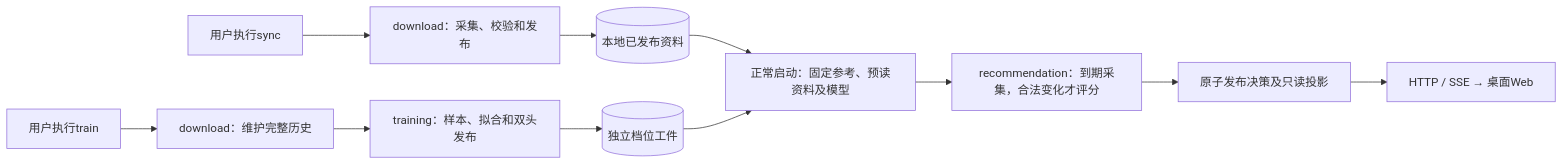
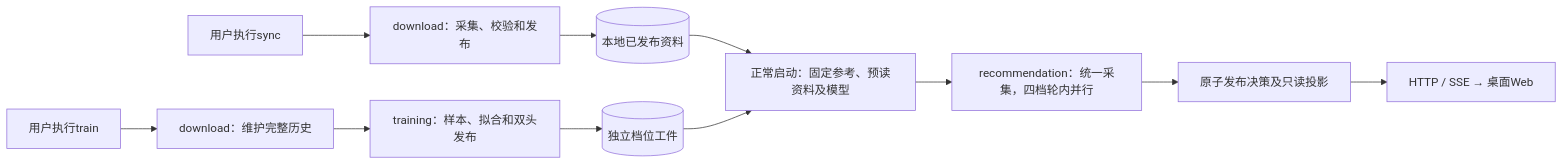
One commit to 373699756/trader changed the first of 6 diagrams in docs/2_工程设计.md. Above: the diagram before and after it, drawn with Mermaid. The commit also changed other lines of this file and 9 other files, not shown here.

````diff
--- a/docs/2_工程设计.md
+++ b/docs/2_工程设计.md
@@ -46,13 +48,13 @@
 ```mermaid
 flowchart LR
     Sync["用户执行sync"] --> Download["download：采集、校验和发布"]
     Train["用户执行train"] --> History["download：维护完整历史"]
     History --> Training["training：样本、拟合和双头发布"]
     Download --> Facts[("本地已发布资料")]
     Training --> Models[("独立档位工件")]
     Facts --> Boot["正常启动：固定参考、预读资料及模型"]
     Models --> Boot
-    Boot --> Online["recommendation：到期采集，合法变化才评分"]
+    Boot --> Online["recommendation：统一采集，四档轮内并行"]
     Online --> Projection["原子发布决策及只读投影"]
     Projection --> Web["HTTP / SSE → 桌面Web"]
 ```
````
